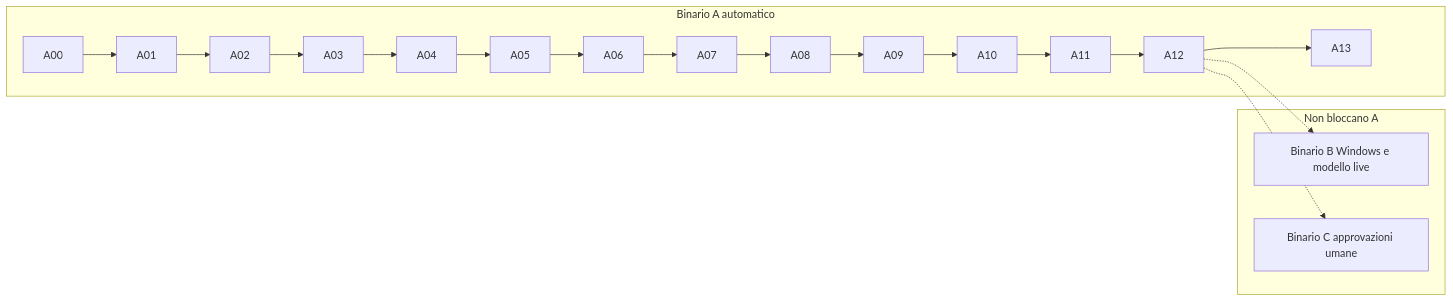
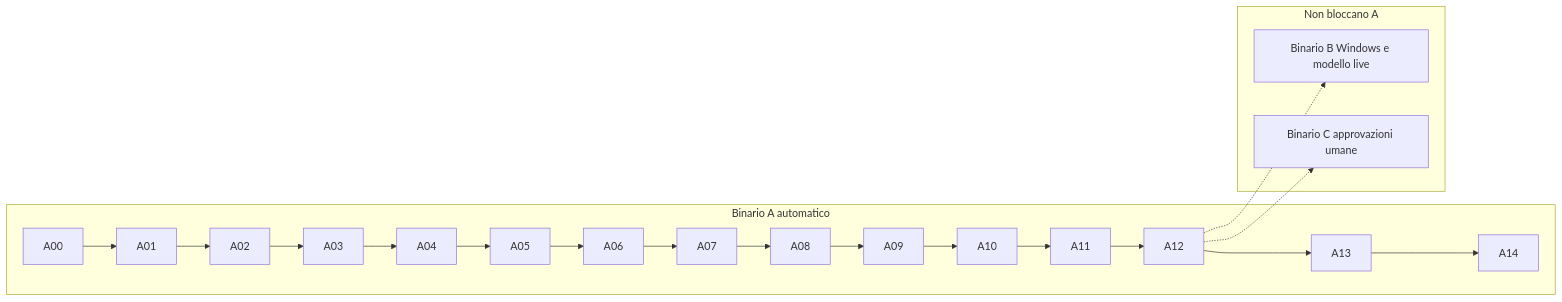
Before and after one commit to francemazzi/octo_core: the diagram in roadmap.md, drawn with Mermaid. The commit also changed other lines of this file and 81 other files, not shown here.

````diff
--- a/roadmap.md
+++ b/roadmap.md
@@ -48,12 +48,12 @@
 ```mermaid
 flowchart LR
   subgraph autoTrack [Binario A automatico]
-    A00 --> A01 --> A02 --> A03 --> A04 --> A05 --> A06 --> A07 --> A08 --> A09 --> A10 --> A11 --> A12 --> A13
+    A00 --> A01 --> A02 --> A03 --> A04 --> A05 --> A06 --> A07 --> A08 --> A09 --> A10 --> A11 --> A12 --> A13 --> A14
   end
   subgraph sideTracks [Non bloccano A]
     B[Binario B Windows e modello live]
     C[Binario C approvazioni umane]
   end
   A12 -.-> B
   A12 -.-> C
 ```
````
